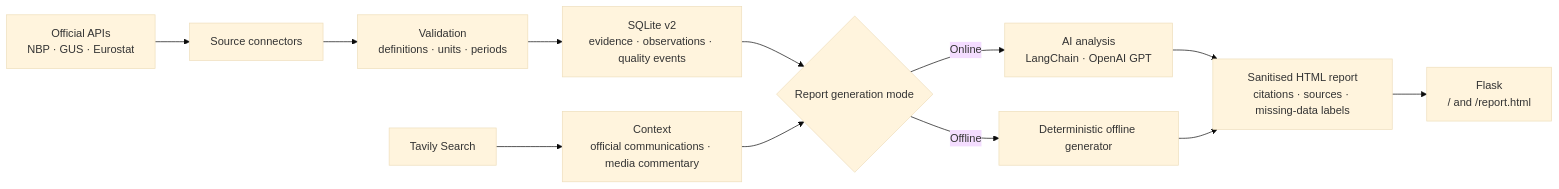
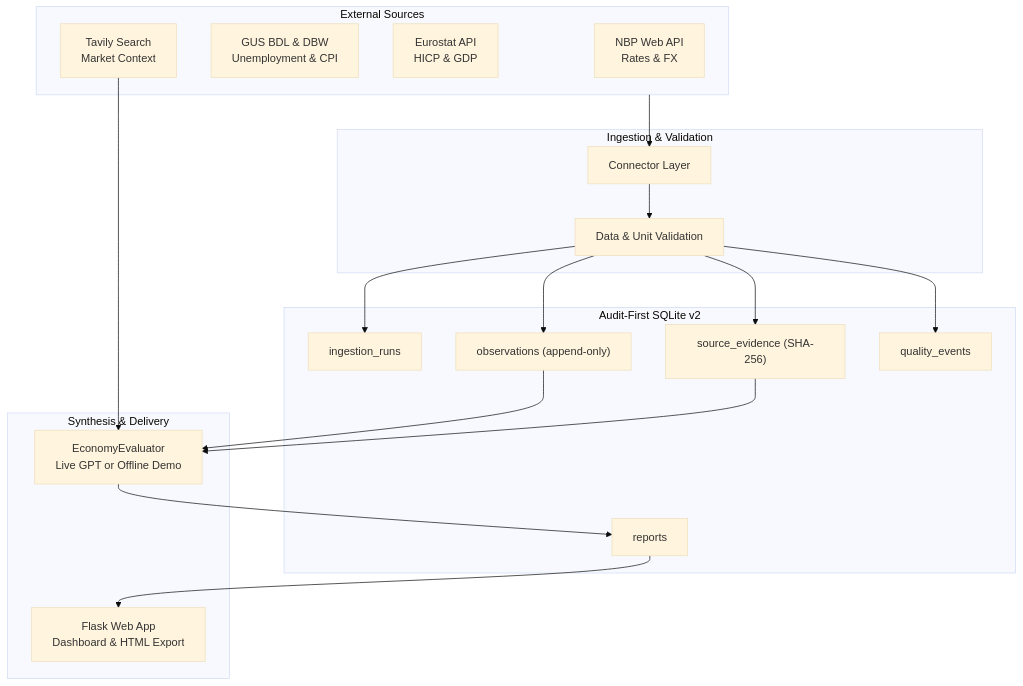
Before and after one commit to maciejkubek-maker/polish-economy-agent: the first of 2 diagrams in README.md, drawn with Mermaid (base theme). The commit also changed other lines of this file and 7 other files, not shown here.

First line of the commit message:
fix(diagnostics): add steps.jsonl debug trace, log validator events, update last_run at start, and enforce GUS CPI mode 5

````diff
--- a/README.md
+++ b/README.md
@@ -28,16 +38,39 @@
 ```mermaid
-flowchart LR
-    Official["Official APIs<br/>NBP · GUS · Eurostat"] --> Connectors["Source connectors"]
-    Connectors --> Validation["Validation<br/>definitions · units · periods"]
-    Validation --> SQLite["SQLite v2<br/>evidence · observations · quality events"]
+flowchart TD
+    subgraph Sources["External Sources"]
+        NBP["NBP Web API<br/>Rates & FX"]
+        GUS["GUS BDL & DBW<br/>Unemployment & CPI"]
+        EST["Eurostat API<br/>HICP & GDP"]
+        TAV["Tavily Search<br/>Market Context"]
+    end
 
-    Tavily["Tavily Search"] --> Context["Context<br/>official communications · media commentary"]
+    subgraph Ingestion["Ingestion & Validation"]
+        Connectors["Connector Layer"]
+        Validation["Data & Unit Validation"]
+    end
 
-    SQLite --> Mode{"Report generation mode"}
-    Context --> Mode
-    Mode -->|Online| AI["AI analysis<br/>LangChain · OpenAI GPT"]
-    Mode -->|Offline| Offline["Deterministic offline generator"]
-    AI --> HTML["Sanitised HTML report<br/>citations · sources · missing-data labels"]
-    Offline --> HTML
-    HTML --> Flask["Flask<br/>/ and /report.html"]
+    subgraph Storage["Audit-First SQLite v2"]
+        Runs["ingestion_runs"]
+        Evidence["source_evidence (SHA-256)"]
+        Obs["observations (append-only)"]
+        Quality["quality_events"]
+        Reports["reports"]
+    end
+
+    subgraph Synthesis["Synthesis & Delivery"]
+        Eval["EconomyEvaluator<br/>Live GPT or Offline Demo"]
+        UI["Flask Web App<br/>Dashboard & HTML Export"]
+    end
+
+    Sources --> Connectors
+    Connectors --> Validation
+    Validation --> Runs
+    Validation --> Evidence
+    Validation --> Obs
+    Validation --> Quality
+    Obs --> Eval
+    Evidence --> Eval
+    TAV --> Eval
+    Eval --> Reports
+    Reports --> UI
 ```
````
